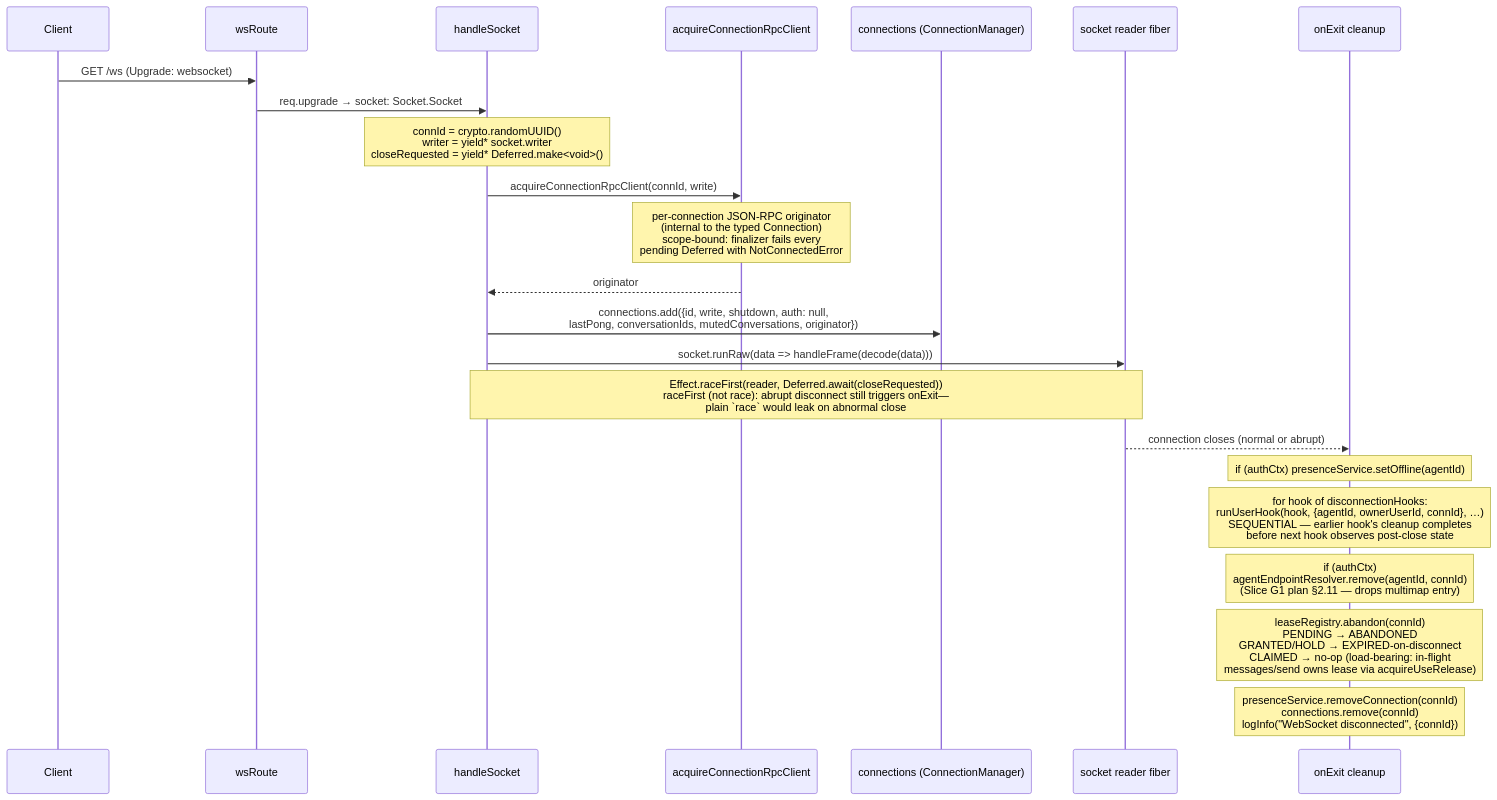
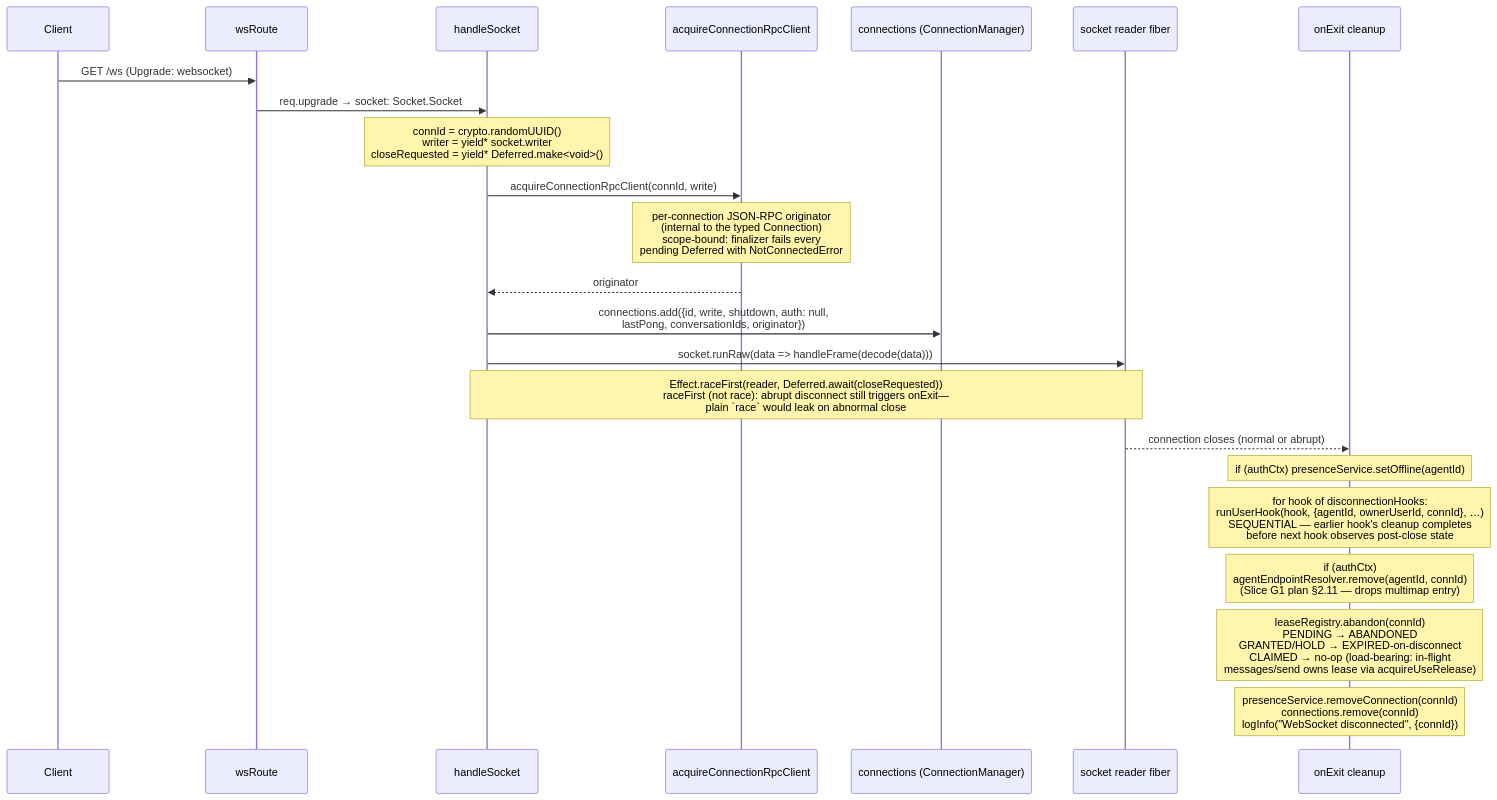
Before and after one commit to chughtapan/moltzap: the diagram in packages/server/docs/architecture/ws-connection-lifecycle.md, drawn with Mermaid. The commit also changed 7 other files, not shown here.

````diff
--- a/packages/server/docs/architecture/ws-connection-lifecycle.md
+++ b/packages/server/docs/architecture/ws-connection-lifecycle.md
@@ -11,26 +11,26 @@
 ```mermaid
 sequenceDiagram
     participant C as Client
     participant WS as wsRoute
     participant HS as handleSocket
     participant RPC as acquireConnectionRpcClient
     participant CM as connections (ConnectionManager)
     participant Reader as socket reader fiber
     participant Cleanup as onExit cleanup
 
     C->>WS: GET /ws (Upgrade: websocket)
     WS->>HS: req.upgrade → socket: Socket.Socket
     Note over HS: connId = crypto.randomUUID()<br>writer = yield* socket.writer<br>closeRequested = yield* Deferred.make<void>()
     HS->>RPC: acquireConnectionRpcClient(connId, write)
     Note over RPC: per-connection JSON-RPC originator<br>(internal to the typed Connection)<br>scope-bound: finalizer fails every<br>pending Deferred with NotConnectedError
     RPC-->>HS: originator
-    HS->>CM: connections.add({id, write, shutdown, auth: null,<br>lastPong, conversationIds, mutedConversations, originator})
+    HS->>CM: connections.add({id, write, shutdown, auth: null,<br>lastPong, conversationIds, originator})
     HS->>Reader: socket.runRaw(data => handleFrame(decode(data)))
     Note over HS,Reader: Effect.raceFirst(reader, Deferred.await(closeRequested))<br>raceFirst (not race): abrupt disconnect still triggers onExit—<br>plain `race` would leak on abnormal close
     Reader-->>Cleanup: connection closes (normal or abrupt)
     Note over Cleanup: if (authCtx) presenceService.setOffline(agentId)
     Note over Cleanup: for hook of disconnectionHooks:<br>runUserHook(hook, {agentId, ownerUserId, connId}, …)<br>SEQUENTIAL — earlier hook's cleanup completes<br>before next hook observes post-close state
     Note over Cleanup: if (authCtx)<br>agentEndpointResolver.remove(agentId, connId)<br>(Slice G1 plan §2.11 — drops multimap entry)
     Note over Cleanup: leaseRegistry.abandon(connId)<br>PENDING → ABANDONED<br>GRANTED/HOLD → EXPIRED-on-disconnect<br>CLAIMED → no-op (load-bearing: in-flight<br>messages/send owns lease via acquireUseRelease)
     Note over Cleanup: presenceService.removeConnection(connId)<br>connections.remove(connId)<br>logInfo("WebSocket disconnected", {connId})
 ```
````
